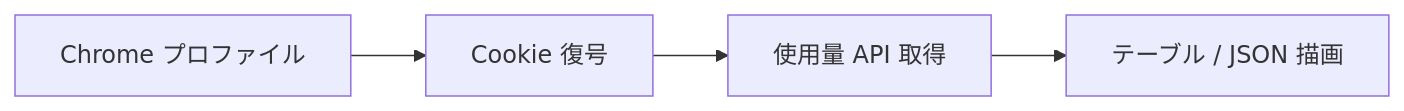
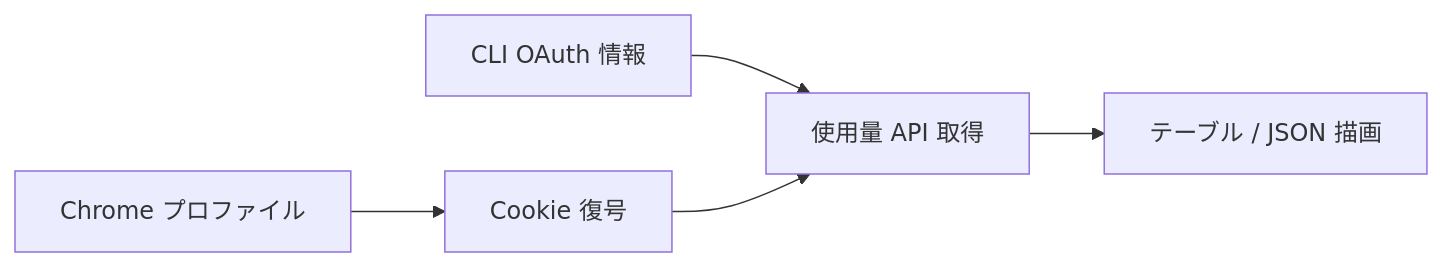
One commit to owayo/ai-usage changed the diagram in README.ja.md. Above: the diagram before and after it, drawn with Mermaid. The commit also changed other lines of this file and 15 other files, not shown here.

````diff
--- a/README.ja.md
+++ b/README.ja.md
@@ -275,6 +283,7 @@
 ```mermaid
 flowchart LR
     A[Chrome プロファイル] --> B[Cookie 復号]
-    B --> C[使用量 API 取得]
-    C --> D[テーブル / JSON 描画]
+    C[CLI OAuth 情報] --> D[使用量 API 取得]
+    B --> D
+    D --> E[テーブル / JSON 描画]
 ```
````
